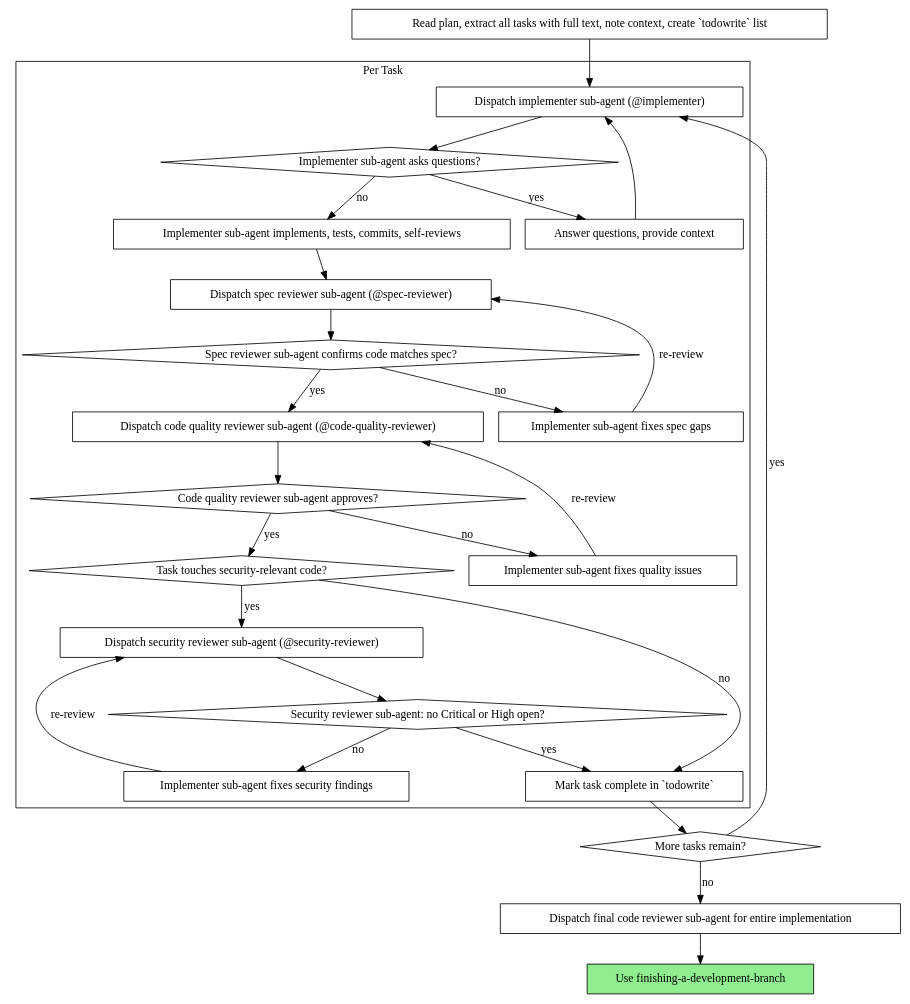
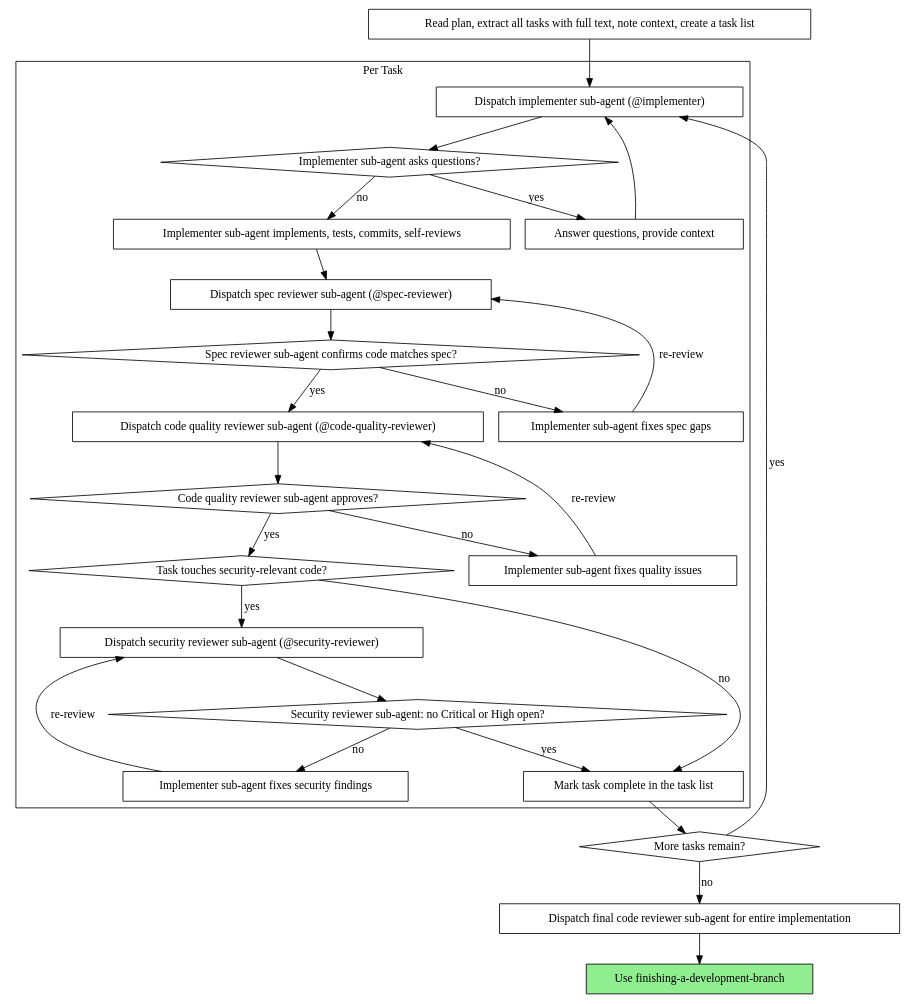
Before and after one commit to osmontero/opencode-skills: the second of 2 diagrams in skills/subagent-driven-development/SKILL.md, drawn with Graphviz. The commit also changed other lines of this file and 17 other files, not shown here.

````diff
--- a/skills/subagent-driven-development/SKILL.md
+++ b/skills/subagent-driven-development/SKILL.md
@@ -43,54 +43,54 @@
 ```dot
 digraph process {
     rankdir=TB;
 
     subgraph cluster_per_task {
         label="Per Task";
         "Dispatch implementer sub-agent (@implementer)" [shape=box];
         "Implementer sub-agent asks questions?" [shape=diamond];
         "Answer questions, provide context" [shape=box];
         "Implementer sub-agent implements, tests, commits, self-reviews" [shape=box];
         "Dispatch spec reviewer sub-agent (@spec-reviewer)" [shape=box];
         "Spec reviewer sub-agent confirms code matches spec?" [shape=diamond];
         "Implementer sub-agent fixes spec gaps" [shape=box];
         "Dispatch code quality reviewer sub-agent (@code-quality-reviewer)" [shape=box];
         "Code quality reviewer sub-agent approves?" [shape=diamond];
         "Implementer sub-agent fixes quality issues" [shape=box];
         "Task touches security-relevant code?" [shape=diamond];
         "Dispatch security reviewer sub-agent (@security-reviewer)" [shape=box];
         "Security reviewer sub-agent: no Critical or High open?" [shape=diamond];
         "Implementer sub-agent fixes security findings" [shape=box];
-        "Mark task complete in `todowrite`" [shape=box];
+        "Mark task complete in the task list" [shape=box];
     }
 
-    "Read plan, extract all tasks with full text, note context, create `todowrite` list" [shape=box];
+    "Read plan, extract all tasks with full text, note context, create a task list" [shape=box];
     "More tasks remain?" [shape=diamond];
     "Dispatch final code reviewer sub-agent for entire implementation" [shape=box];
     "Use finishing-a-development-branch" [shape=box style=filled fillcolor=lightgreen];
 
-    "Read plan, extract all tasks with full text, note context, create `todowrite` list" -> "Dispatch implementer sub-agent (@implementer)";
+    "Read plan, extract all tasks with full text, note context, create a task list" -> "Dispatch implementer sub-agent (@implementer)";
     "Dispatch implementer sub-agent (@implementer)" -> "Implementer sub-agent asks questions?";
     "Implementer sub-agent asks questions?" -> "Answer questions, provide context" [label="yes"];
     "Answer questions, provide context" -> "Dispatch implementer sub-agent (@implementer)";
     "Implementer sub-agent asks questions?" -> "Implementer sub-agent implements, tests, commits, self-reviews" [label="no"];
     "Implementer sub-agent implements, tests, commits, self-reviews" -> "Dispatch spec reviewer sub-agent (@spec-reviewer)";
     "Dispatch spec reviewer sub-agent (@spec-reviewer)" -> "Spec reviewer sub-agent confirms code matches spec?";
     "Spec reviewer sub-agent confirms code matches spec?" -> "Implementer sub-agent fixes spec gaps" [label="no"];
     "Implementer sub-agent fixes spec gaps" -> "Dispatch spec reviewer sub-agent (@spec-reviewer)" [label="re-review"];
     "Spec reviewer sub-agent confirms code matches spec?" -> "Dispatch code quality reviewer sub-agent (@code-quality-reviewer)" [label="yes"];
     "Dispatch code quality reviewer sub-agent (@code-quality-reviewer)" -> "Code quality reviewer sub-agent approves?";
     "Code quality reviewer sub-agent approves?" -> "Implementer sub-agent fixes quality issues" [label="no"];
     "Implementer sub-agent fixes quality issues" -> "Dispatch code quality reviewer sub-agent (@code-quality-reviewer)" [label="re-review"];
     "Code quality reviewer sub-agent approves?" -> "Task touches security-relevant code?" [label="yes"];
     "Task touches security-relevant code?" -> "Dispatch security reviewer sub-agent (@security-reviewer)" [label="yes"];
-    "Task touches security-relevant code?" -> "Mark task complete in `todowrite`" [label="no"];
+    "Task touches security-relevant code?" -> "Mark task complete in the task list" [label="no"];
     "Dispatch security reviewer sub-agent (@security-reviewer)" -> "Security reviewer sub-agent: no Critical or High open?";
     "Security reviewer sub-agent: no Critical or High open?" -> "Implementer sub-agent fixes security findings" [label="no"];
     "Implementer sub-agent fixes security findings" -> "Dispatch security reviewer sub-agent (@security-reviewer)" [label="re-review"];
-    "Security reviewer sub-agent: no Critical or High open?" -> "Mark task complete in `todowrite`" [label="yes"];
-    "Mark task complete in `todowrite`" -> "More tasks remain?";
+    "Security reviewer sub-agent: no Critical or High open?" -> "Mark task complete in the task list" [label="yes"];
+    "Mark task complete in the task list" -> "More tasks remain?";
     "More tasks remain?" -> "Dispatch implementer sub-agent (@implementer)" [label="yes"];
     "More tasks remain?" -> "Dispatch final code reviewer sub-agent for entire implementation" [label="no"];
     "Dispatch final code reviewer sub-agent for entire implementation" -> "Use finishing-a-development-branch";
 }
 ```
````
